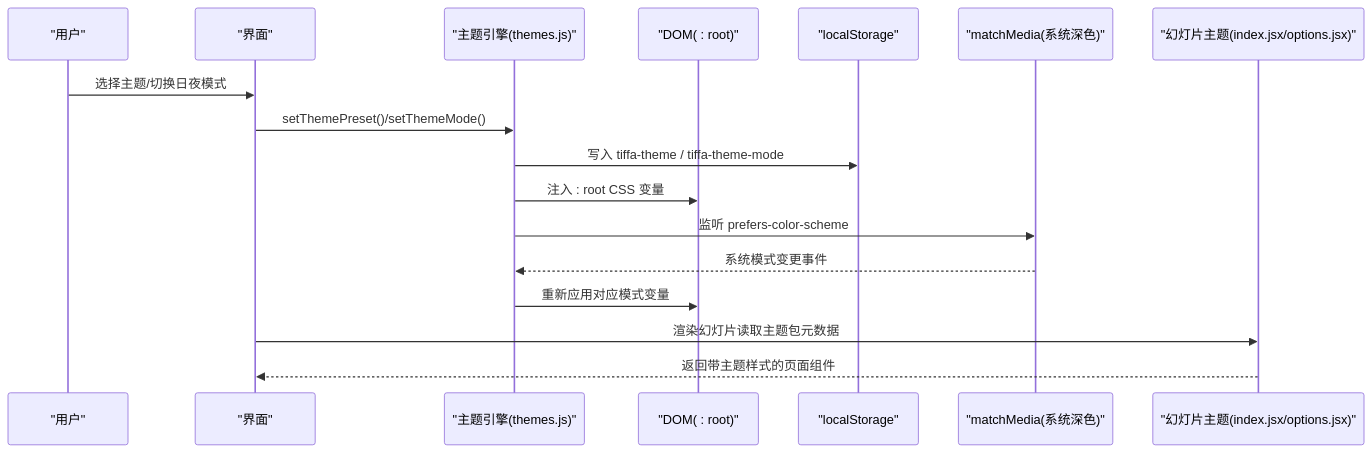
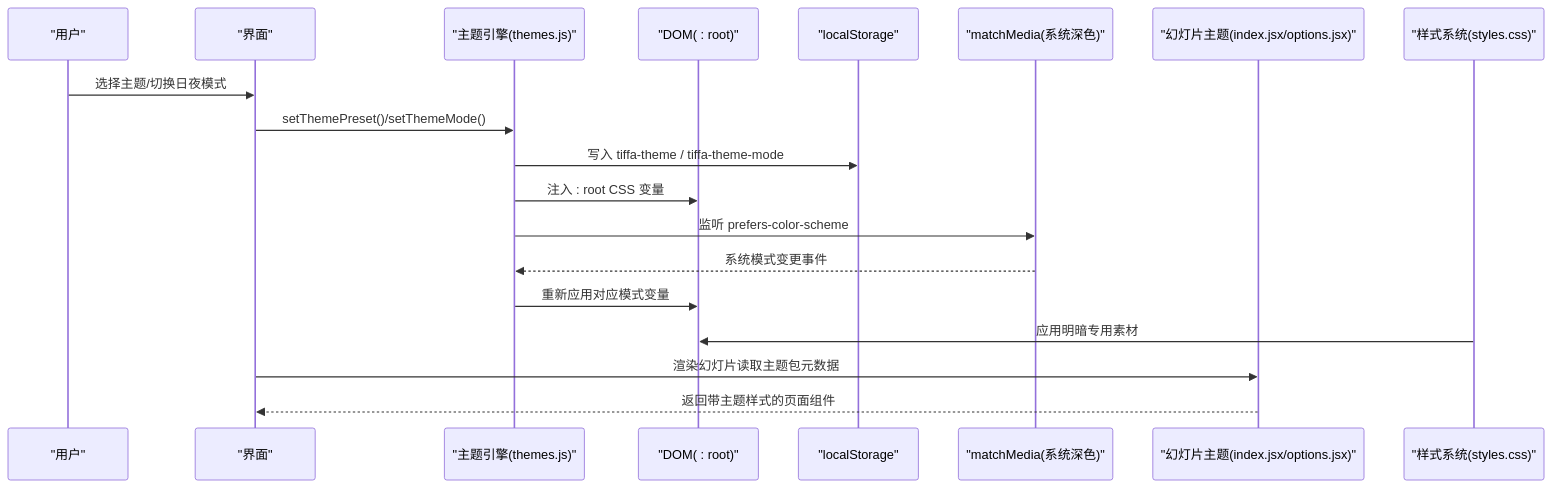
The second of 4 diagrams in .qoder/repowiki/zh/content/用户界面/主题系统.md (swond-Mao/Tiffa), drawn with Mermaid before and after one commit. The commit also changed other lines of this file and 49 other files, not shown here.

````diff
--- a/.qoder/repowiki/zh/content/用户界面/主题系统.md
+++ b/.qoder/repowiki/zh/content/用户界面/主题系统.md
@@ -115,19 +139,21 @@
 ```mermaid
 sequenceDiagram
 participant U as "用户"
 participant UI as "界面"
 participant Engine as "主题引擎(themes.js)"
 participant DOM as "DOM( : root)"
 participant LS as "localStorage"
 participant MQL as "matchMedia(系统深色)"
 participant Slide as "幻灯片主题(index.jsx/options.jsx)"
+participant Style as "样式系统(styles.css)"
 U->>UI : 选择主题/切换日夜模式
 UI->>Engine : setThemePreset()/setThemeMode()
 Engine->>LS : 写入 tiffa-theme / tiffa-theme-mode
 Engine->>DOM : 注入 : root CSS 变量
 Engine->>MQL : 监听 prefers-color-scheme
 MQL-->>Engine : 系统模式变更事件
 Engine->>DOM : 重新应用对应模式变量
+Style->>DOM : 应用明暗专用素材
 UI->>Slide : 渲染幻灯片读取主题包元数据
 Slide-->>UI : 返回带主题样式的页面组件
 ```
````
